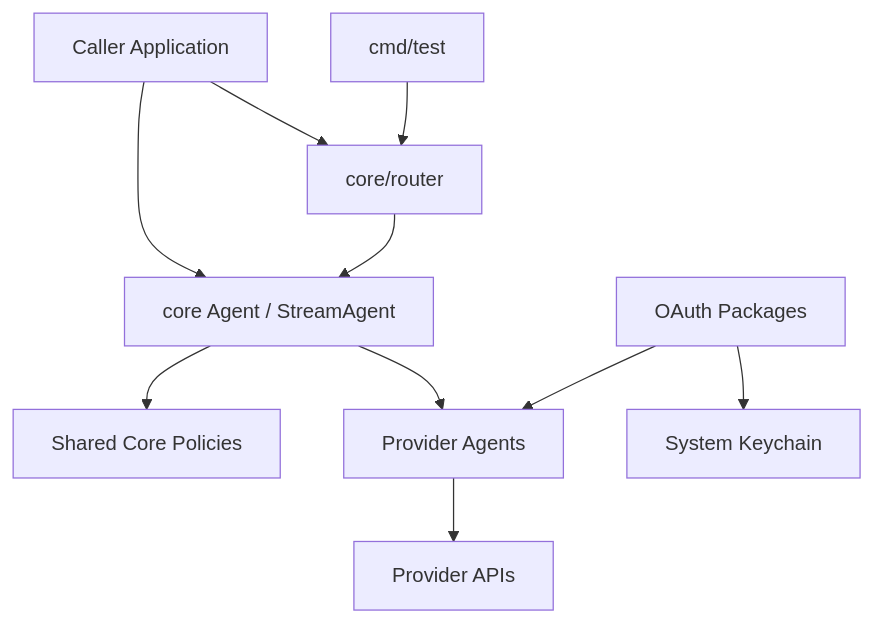
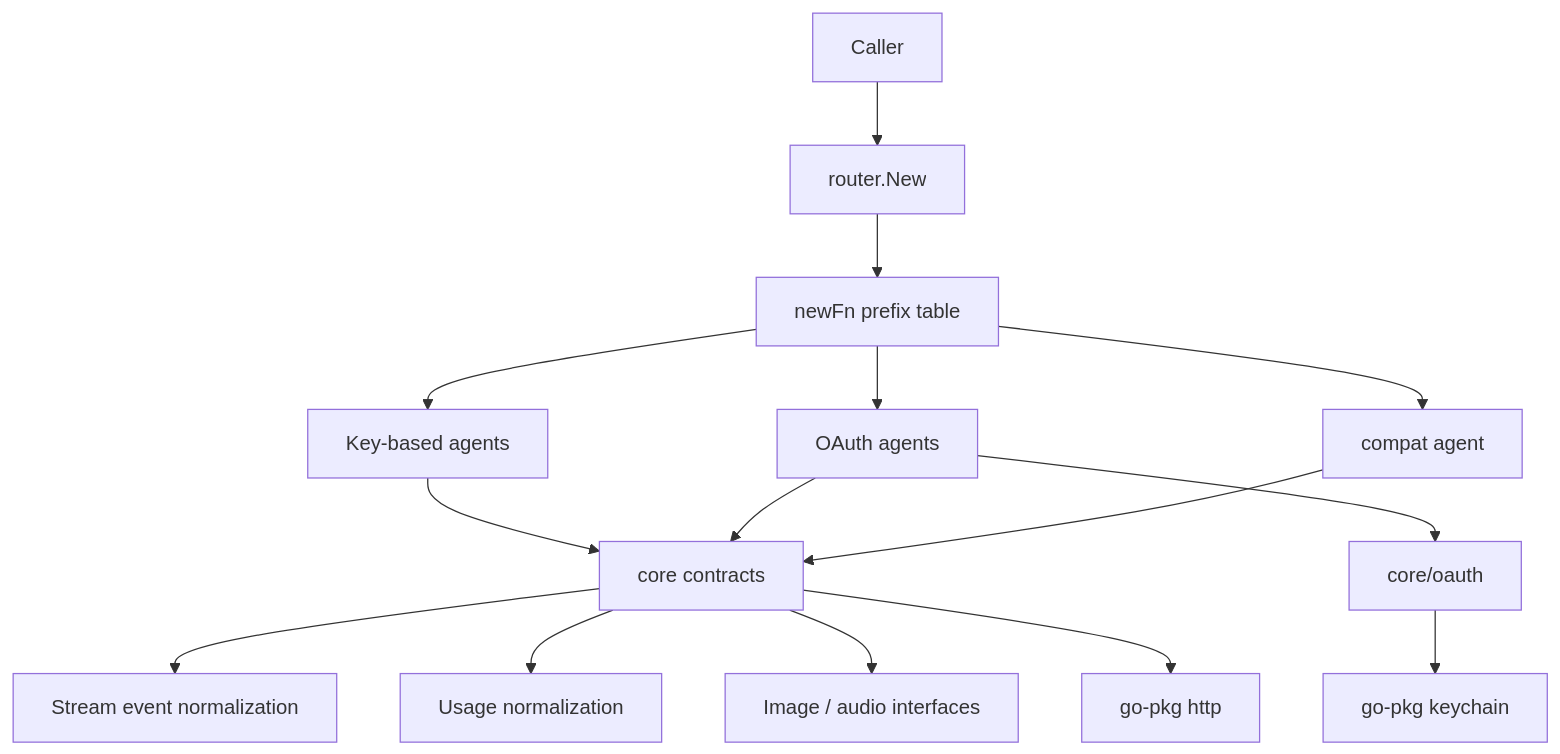
The first of 11 diagrams in doc/architecture.md (pardnchiu/go-llm-router), drawn with Mermaid before and after one commit. The commit also changed other lines of this file and 5 other files, not shown here.

Commit message:
doc: Rewrite documentation for the current router architecture

````diff
--- a/doc/architecture.md
+++ b/doc/architecture.md
@@ -9,22 +20,20 @@
 ```mermaid
 graph TB
-    App[Caller Application]
-    Server[cmd/test]
-    Router[core/router]
-    Contract[core Agent / StreamAgent]
-    Shared[Shared Core Policies]
-    Providers[Provider Agents]
-    APIs[Provider APIs]
-    OAuth[OAuth Packages]
-    Keychain[System Keychain]
+    App[Caller] --> Router[router.New]
+    Router --> Registry[newFn prefix table]
+    Registry --> KeyAgents[Key-based agents]
+    Registry --> OAuthAgents[OAuth agents]
+    Registry --> CompatAgent[compat agent]
 
-    App --> Router
-    App --> Contract
-    Server --> Router
-    Router --> Contract
-    Contract --> Shared
-    Contract --> Providers
-    Providers --> APIs
-    OAuth --> Keychain
-    OAuth --> Providers
+    KeyAgents --> Core[core contracts]
+    OAuthAgents --> Core
+    CompatAgent --> Core
+
+    OAuthAgents --> OAuth[core/oauth]
+    OAuth --> Keychain[go-pkg keychain]
+
+    Core --> Stream[Stream event normalization]
+    Core --> Usage[Usage normalization]
+    Core --> Media[Image / audio interfaces]
+    Core --> HTTP[go-pkg http]
 ```
````
